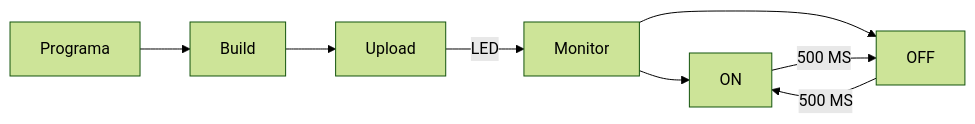
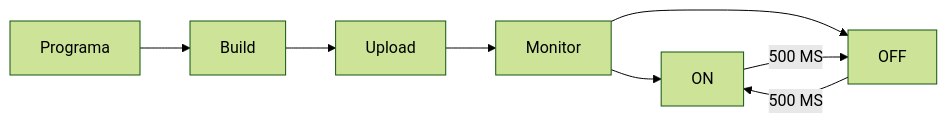
Before and after one commit to EduardGibert/P.Digitals: the diagram in P1_EG/P1_Part1_EG/P1_Part1.MD, drawn with Mermaid (forest theme).

````diff
--- a/P1_EG/P1_Part1_EG/P1_Part1.MD
+++ b/P1_EG/P1_Part1_EG/P1_Part1.MD
@@ -34,11 +34,11 @@
 ```mermaid
 graph LR;
     Programa-->Build;
     Build-->Upload;
-    Upload-->|LED|Monitor;
+    Upload-->Monitor;
     Monitor-->ON
     Monitor-->OFF
     ON-->|500 MS|OFF;
     OFF-->|500 MS|ON;    
       
 ```
````
